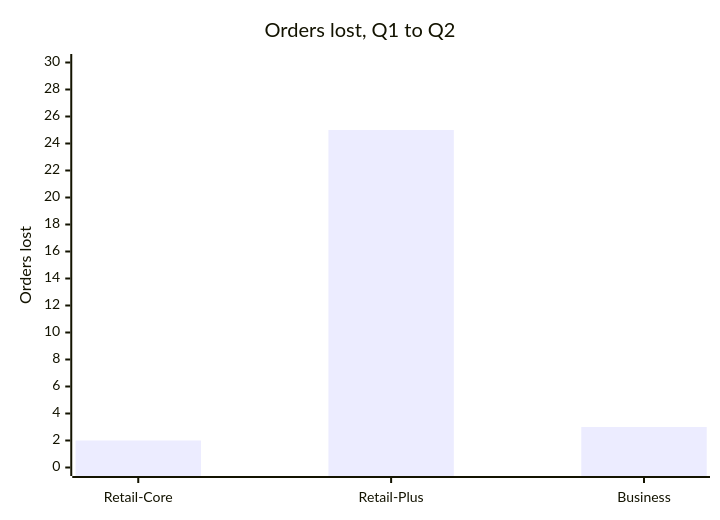
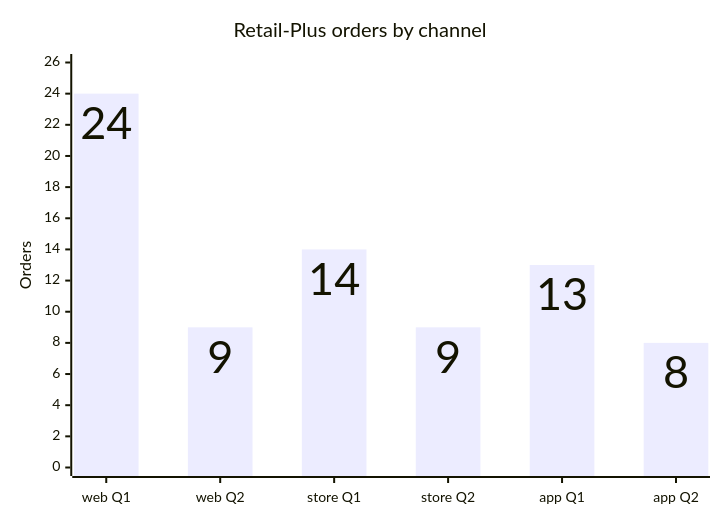
Before and after one commit to fde-academy-lab/c2-content-factory: the fourth of 11 diagrams in content/W01/D2/slides/C2_W01_D02_half2_STUDENT.md, drawn with Mermaid. The commit also changed other lines of this file and 11 other files, not shown here.

````diff
--- a/content/W01/D2/slides/C2_W01_D02_half2_STUDENT.md
+++ b/content/W01/D2/slides/C2_W01_D02_half2_STUDENT.md
@@ -107,7 +172,8 @@
 ```mermaid
+%%{init: {"xyChart": {"showDataLabel": true}}}%%
 xychart-beta
-    title "Orders lost, Q1 to Q2"
-    x-axis ["Retail-Core", "Retail-Plus", "Business"]
-    y-axis "Orders lost" 0 --> 30
-    bar [2, 25, 3]
+    title "Retail-Plus orders by channel"
+    x-axis ["web Q1", "web Q2", "store Q1", "store Q2", "app Q1", "app Q2"]
+    y-axis "Orders" 0 --> 26
+    bar [24, 9, 14, 9, 13, 8]
 ```
````
